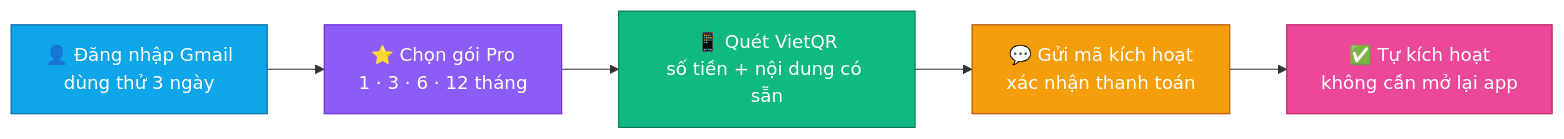
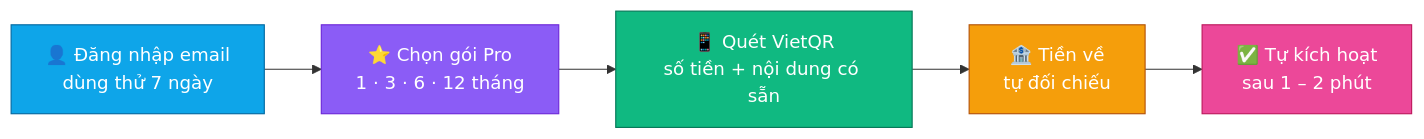
The fourth of 4 diagrams in README.md (mikeTran99/Auto-Link), drawn with Mermaid before and after one commit. The commit also changed other lines of this file and 54 other files, not shown here.

````diff
--- a/README.md
+++ b/README.md
@@ -467,12 +553,12 @@
 ```mermaid
 flowchart LR
-    A["👤 Đăng nhập Gmail<br/>dùng thử 3 ngày"]:::blue --> B["⭐ Chọn gói Pro<br/>1 · 3 · 6 · 12 tháng"]:::violet
+    A["👤 Đăng nhập email<br/>dùng thử 7 ngày"]:::blue --> B["⭐ Chọn gói Pro<br/>1 · 3 · 6 · 12 tháng"]:::violet
     B --> C["📱 Quét VietQR<br/>số tiền + nội dung có sẵn"]:::green
-    C --> D["💬 Gửi mã kích hoạt<br/>xác nhận thanh toán"]:::amber
-    D --> E["✅ Tự kích hoạt<br/>không cần mở lại app"]:::pink
+    C --> D["🏦 Tiền về<br/>tự đối chiếu"]:::amber
+    D --> E["✅ Tự kích hoạt<br/>sau 1 – 2 phút"]:::pink
     classDef blue fill:#0EA5E9,stroke:#0369A1,color:#fff
     classDef violet fill:#8B5CF6,stroke:#6D28D9,color:#fff
     classDef green fill:#10B981,stroke:#047857,color:#fff
     classDef amber fill:#F59E0B,stroke:#B45309,color:#fff
     classDef pink fill:#EC4899,stroke:#BE185D,color:#fff
 ```
````
